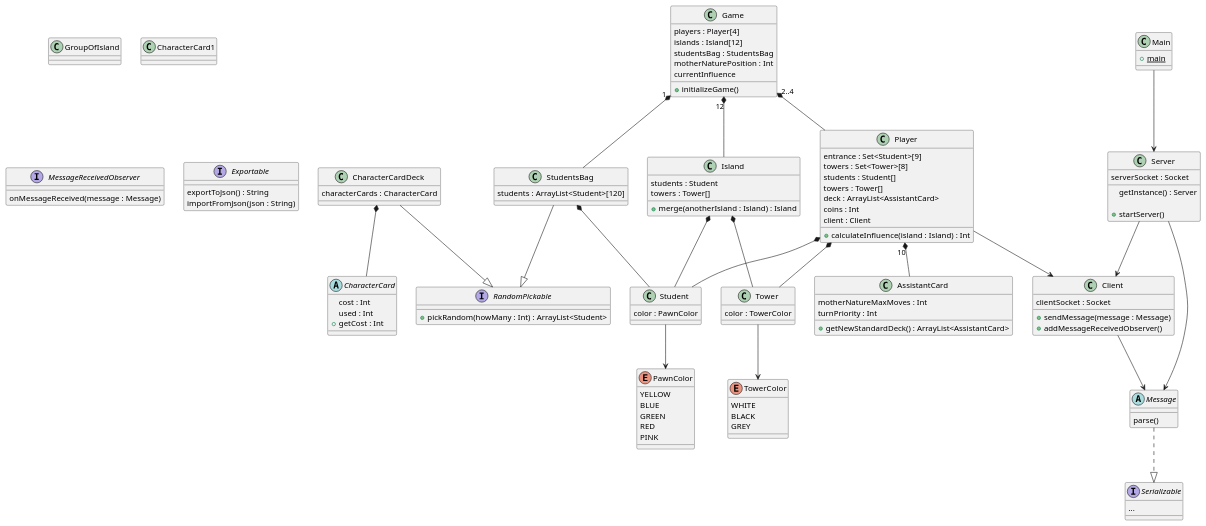
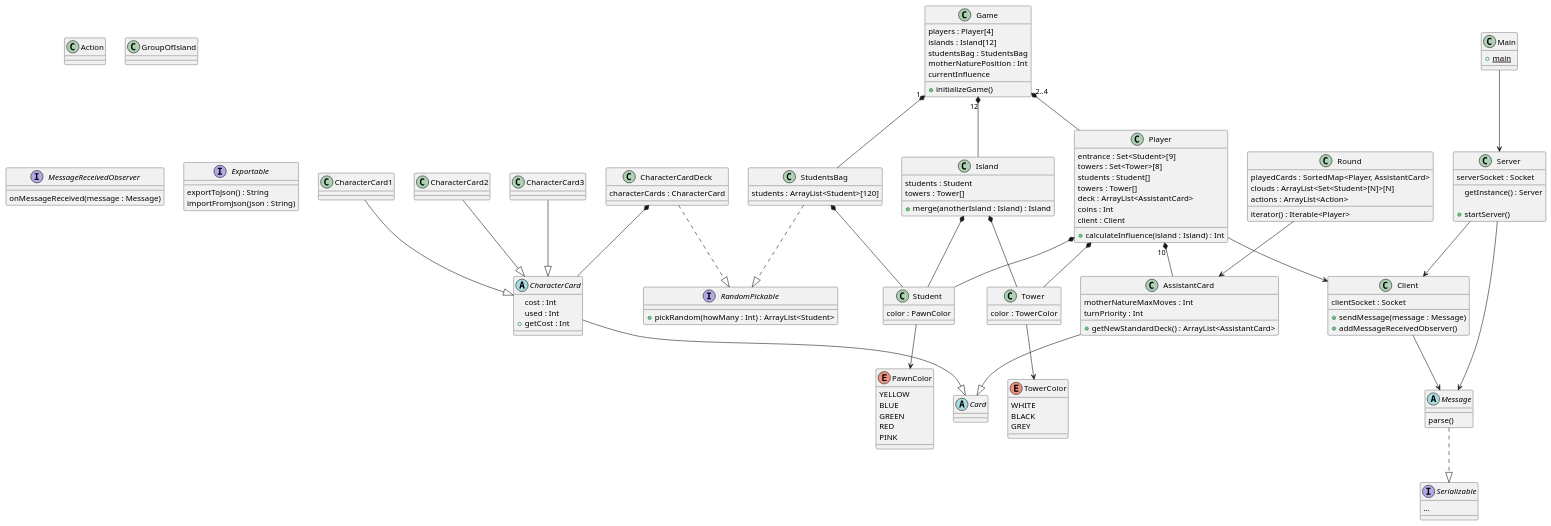
Before and after one commit to francesco-re-1107/eriantys: the diagram in delivarables/initial_uml.plantuml, drawn with PlantUML.

```diff
--- a/delivarables/initial_uml.plantuml
+++ b/delivarables/initial_uml.plantuml
@@ -15,6 +15,17 @@
     currentInfluence
 
     +initializeGame()
+}
+
+class Round {
+    playedCards : SortedMap<Player, AssistantCard>
+    clouds : ArrayList<Set<Student>[N]>[N]
+    actions : ArrayList<Action>
+    iterator() : Iterable<Player>
+}
+
+class Action {
+
 }
 
 class StudentsBag {
@@ -49,14 +60,25 @@
     +merge(anotherIsland : Island) : Island
 }
 
+abstract Card {}
+
 abstract CharacterCard {
     cost : Int
     used : Int
+    'same for everyone: cost + 1 * (used > 0)'
     +getCost : Int
 }
 
 class CharacterCard1 {
+    'redefine cost'
+}
 
+class CharacterCard2 {
+    'redefine cost'
+}
+
+class CharacterCard3 {
+    'redefine cost'
 }
 
 
@@ -141,11 +163,19 @@
 StudentsBag *-- Student
 CharacterCardDeck *-- CharacterCard
 
+Round --> AssistantCard
 
-StudentsBag --|> RandomPickable
-CharacterCardDeck --|> RandomPickable
+StudentsBag ..|> RandomPickable
+CharacterCardDeck ..|> RandomPickable
 
 Message ..|> Serializable
+
+CharacterCard --|> Card
+AssistantCard --|> Card
+
+CharacterCard1 --|> CharacterCard
+CharacterCard2 --|> CharacterCard
+CharacterCard3 --|> CharacterCard
 
 Client --> Message
 
```
